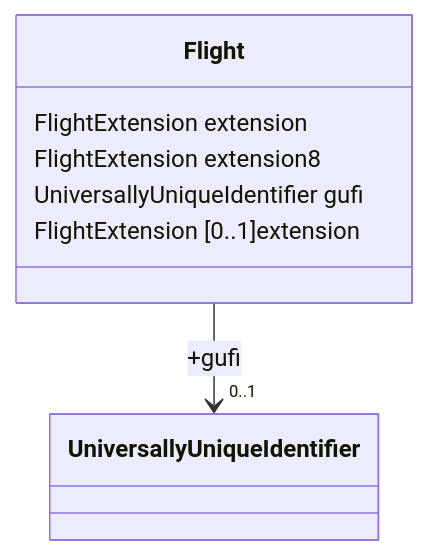
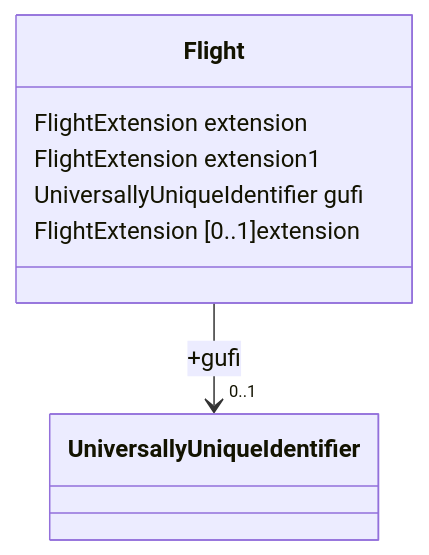
Before and after one commit to du-lapin/test_docsify: the first of 3 diagrams in docs/fixm/FIXM_UML_in_mermaid.md, drawn with Mermaid. The commit also changed other lines of this file, not shown here.

````diff
--- a/docs/fixm/FIXM_UML_in_mermaid.md
+++ b/docs/fixm/FIXM_UML_in_mermaid.md
@@ -4,10 +4,10 @@
 ```mermaid
 classDiagram
 class Flight{
 FlightExtension extension
-FlightExtension extension8
+FlightExtension extension1
 UniversallyUniqueIdentifier gufi
 }
 Flight : FlightExtension [0..1]extension
 Flight --> "0..1"  UniversallyUniqueIdentifier : +gufi
 ```
````
